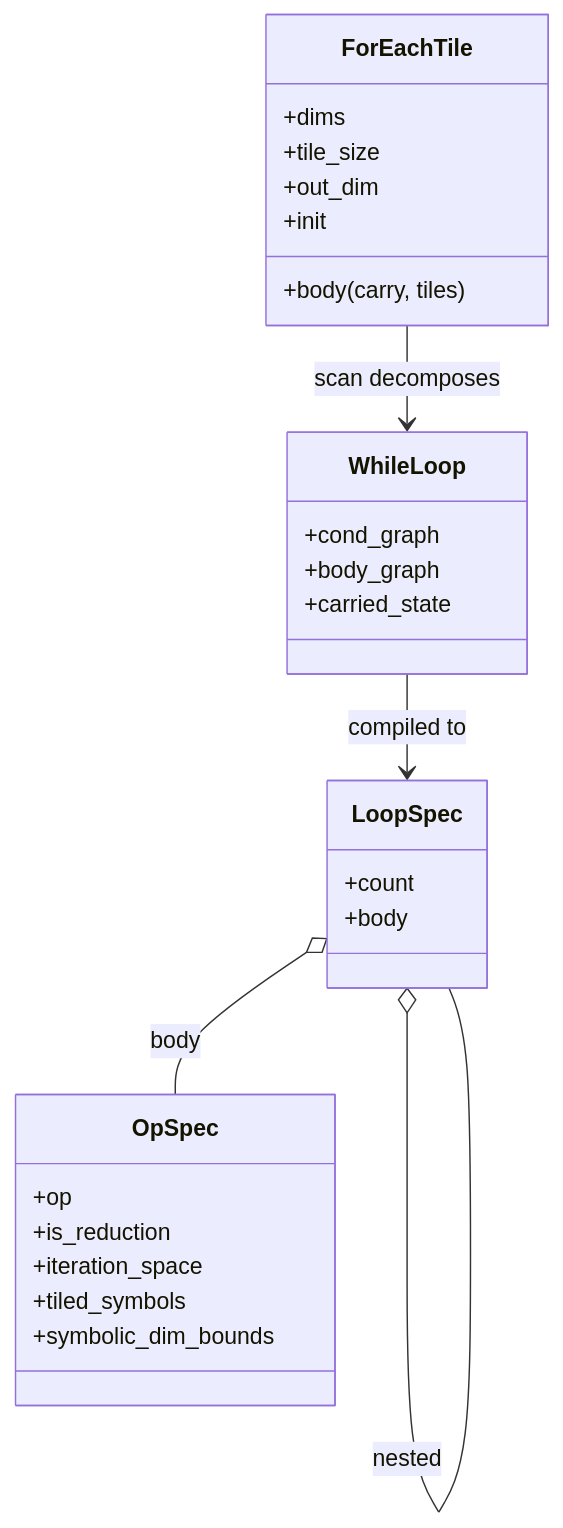
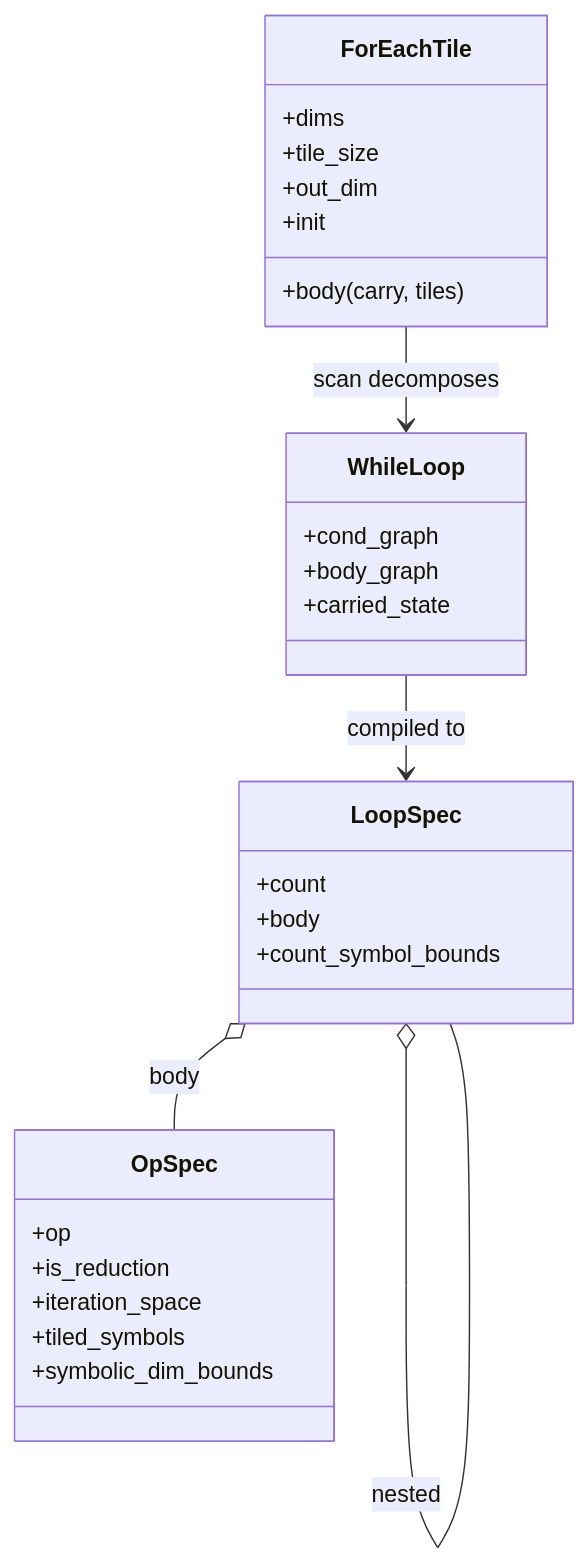
The ninth of 13 diagrams in docs/source/compiler/symbolic_shapes.md (GopikrishnaGitRepo/torch-spyre), drawn with Mermaid before and after one commit. The commit also changed other lines of this file, not shown here.

````diff
--- a/docs/source/compiler/symbolic_shapes.md
+++ b/docs/source/compiler/symbolic_shapes.md
@@ -497,30 +529,31 @@
 ```mermaid
 classDiagram
   class ForEachTile {
     +body(carry, tiles)
     +dims
     +tile_size
     +out_dim
     +init
   }
   class WhileLoop {
     +cond_graph
     +body_graph
     +carried_state
   }
   class LoopSpec {
     +count
     +body
+    +count_symbol_bounds
   }
   class OpSpec {
     +op
     +is_reduction
     +iteration_space
     +tiled_symbols
     +symbolic_dim_bounds
   }
   ForEachTile --> WhileLoop : scan decomposes
   WhileLoop --> LoopSpec : compiled to
   LoopSpec o-- OpSpec : body
   LoopSpec o-- LoopSpec : nested
 ```
````
